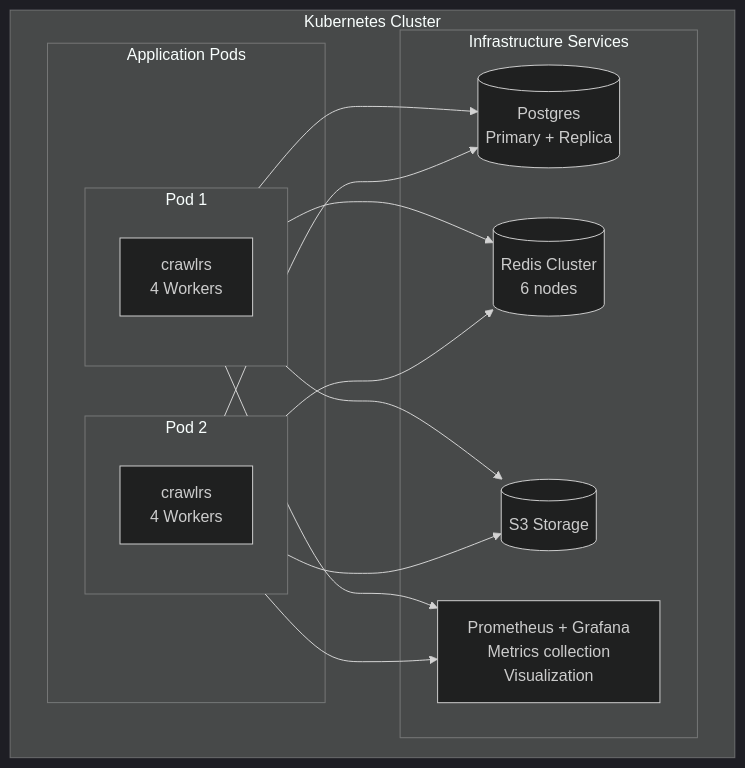
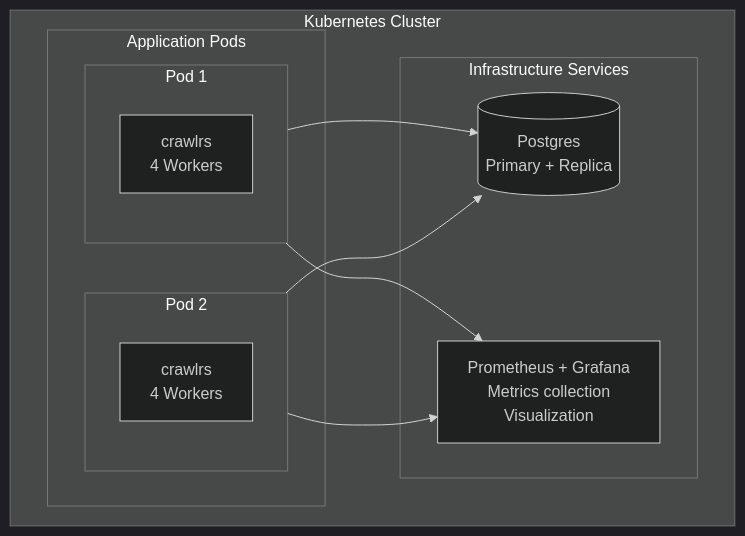
One commit to Kirky-X/crawlrs changed the seventh of 8 diagrams in docs/ARCHITECTURE.md. Above: the diagram before and after it, drawn with Mermaid (dark theme). The commit also changed other lines of this file and 1 other file, not shown here.

First line of the commit message:
refactor(docs): 清理 ARCHITECTURE.md/API_REFERENCE.md 中 Redis/S3 引用

````diff
--- a/docs/ARCHITECTURE.md
+++ b/docs/ARCHITECTURE.md
@@ -1367,30 +1362,24 @@
 ```mermaid
 flowchart TB
     subgraph K8s [Kubernetes Cluster]
         subgraph Pods [Application Pods]
             subgraph Pod1 [Pod 1]
                 A1[crawlrs<br/>4 Workers]
             end
 
             subgraph Pod2 [Pod 2]
                 A2[crawlrs<br/>4 Workers]
             end
         end
 
         subgraph Infrastructure [Infrastructure Services]
             DB[(Postgres<br/>Primary + Replica)]
-            RC[(Redis Cluster<br/>6 nodes)]
-            S3[(S3 Storage)]
             MON[Prometheus + Grafana<br/>Metrics collection<br/>Visualization]
         end
     end
 
     Pod1 --> DB
-    Pod1 --> RC
-    Pod1 --> S3
     Pod2 --> DB
-    Pod2 --> RC
-    Pod2 --> S3
     Pod1 --> MON
     Pod2 --> MON
 ```
````
